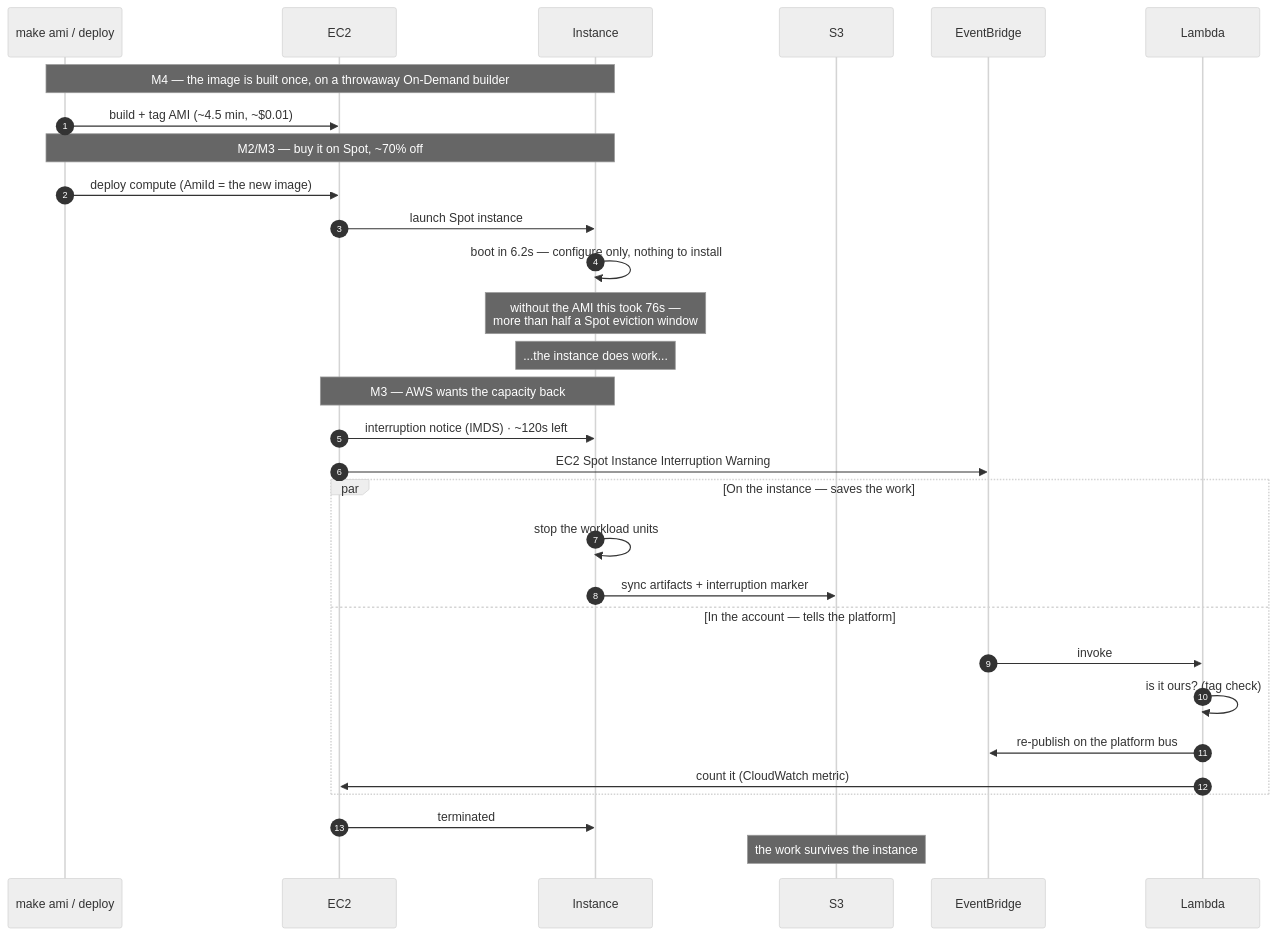
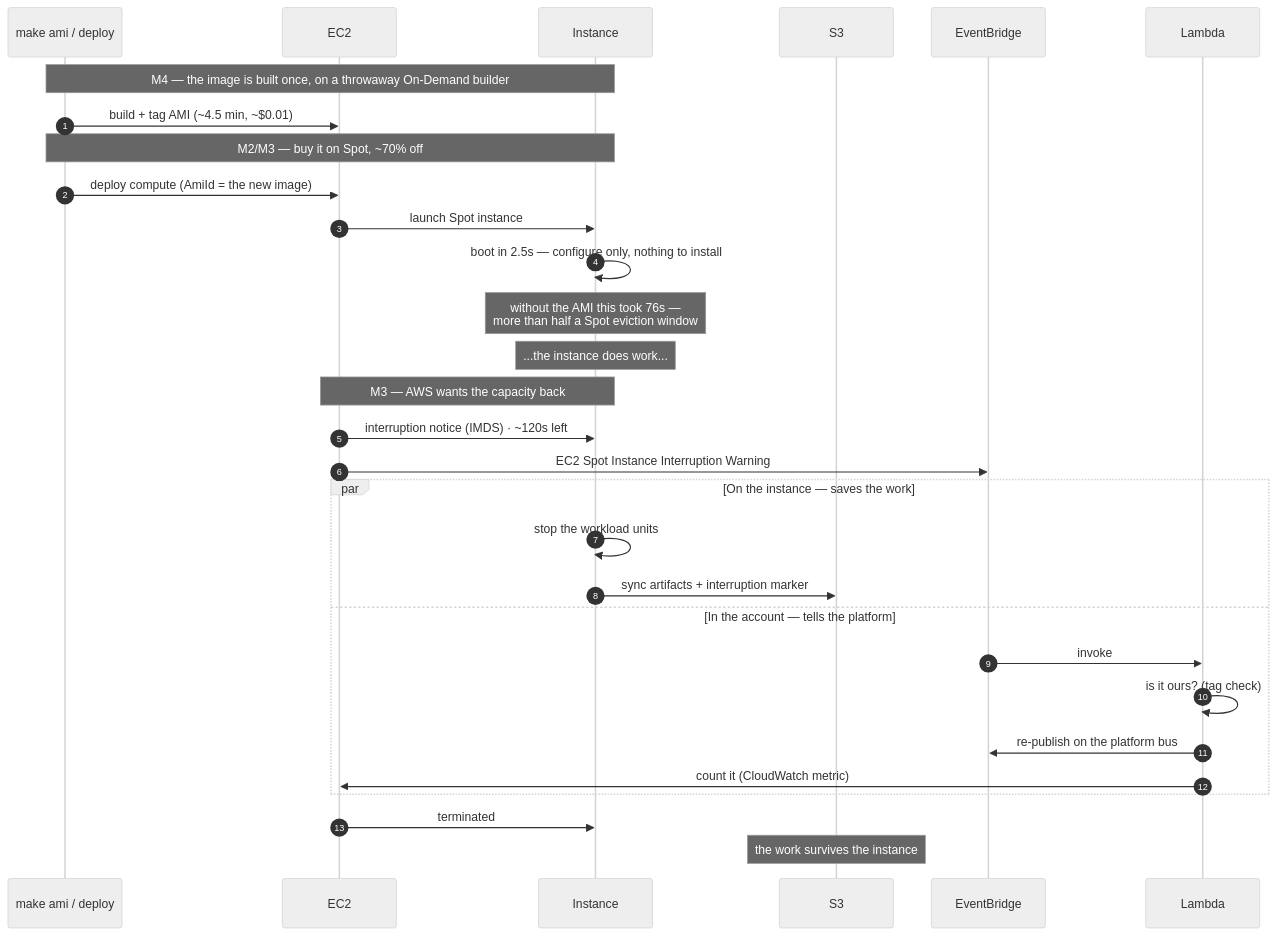
One commit to teddynted/designing-an-ai-agent-platform-on-aws changed the third of 4 diagrams in docs/architecture/current-architecture.md. Above: the diagram before and after it, drawn with Mermaid (neutral theme). The commit also changed other lines of this file and 1 other file, not shown here.

First line of the commit message:
docs(architecture): refresh living diagrams to Milestone 17

````diff
--- a/docs/architecture/current-architecture.md
+++ b/docs/architecture/current-architecture.md
@@ -246,38 +272,38 @@
 ```mermaid
 sequenceDiagram
     autonumber
     participant Ops as make ami / deploy
     participant EC2
     participant I as Instance
     participant S3
     participant EB as EventBridge
     participant L as Lambda
 
     Note over Ops,I: M4 — the image is built once, on a throwaway On-Demand builder
     Ops->>EC2: build + tag AMI (~4.5 min, ~$0.01)
 
     Note over Ops,I: M2/M3 — buy it on Spot, ~70% off
     Ops->>EC2: deploy compute (AmiId = the new image)
     EC2->>I: launch Spot instance
-    I->>I: boot in 6.2s — configure only, nothing to install
+    I->>I: boot in 2.5s — configure only, nothing to install
     Note over I: without the AMI this took 76s —<br/>more than half a Spot eviction window
 
     Note over I: ...the instance does work...
 
     Note over EC2,I: M3 — AWS wants the capacity back
     EC2->>I: interruption notice (IMDS) · ~120s left
     EC2->>EB: EC2 Spot Instance Interruption Warning
 
     par On the instance — saves the work
         I->>I: stop the workload units
         I->>S3: sync artifacts + interruption marker
     and In the account — tells the platform
         EB->>L: invoke
         L->>L: is it ours? (tag check)
         L->>EB: re-publish on the platform bus
         L->>EC2: count it (CloudWatch metric)
     end
 
     EC2->>I: terminated
     Note over S3: the work survives the instance
 ```
````
